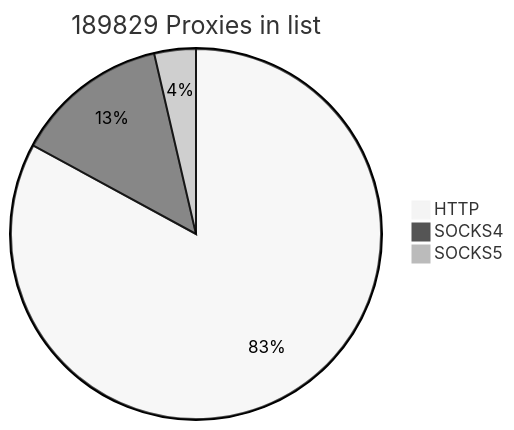
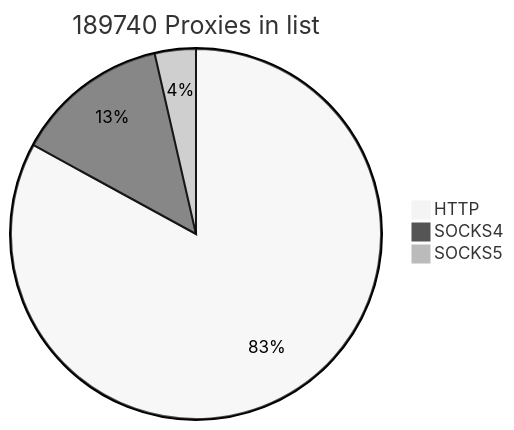
One commit to cutipu/proxylist changed the first of 2 diagrams in README.md. Above: the diagram before and after it, drawn with Mermaid (neutral theme). The commit also changed other lines of this file, not shown here.

````diff
--- a/README.md
+++ b/README.md
@@ -2,7 +2,7 @@
 ```mermaid
-pie title 189829 Proxies in list
+pie title 189740 Proxies in list
     "HTTP" : 157421
     "SOCKS4" : 25519
-    "SOCKS5" : 6889
+    "SOCKS5" : 6800
             
 ```
````
